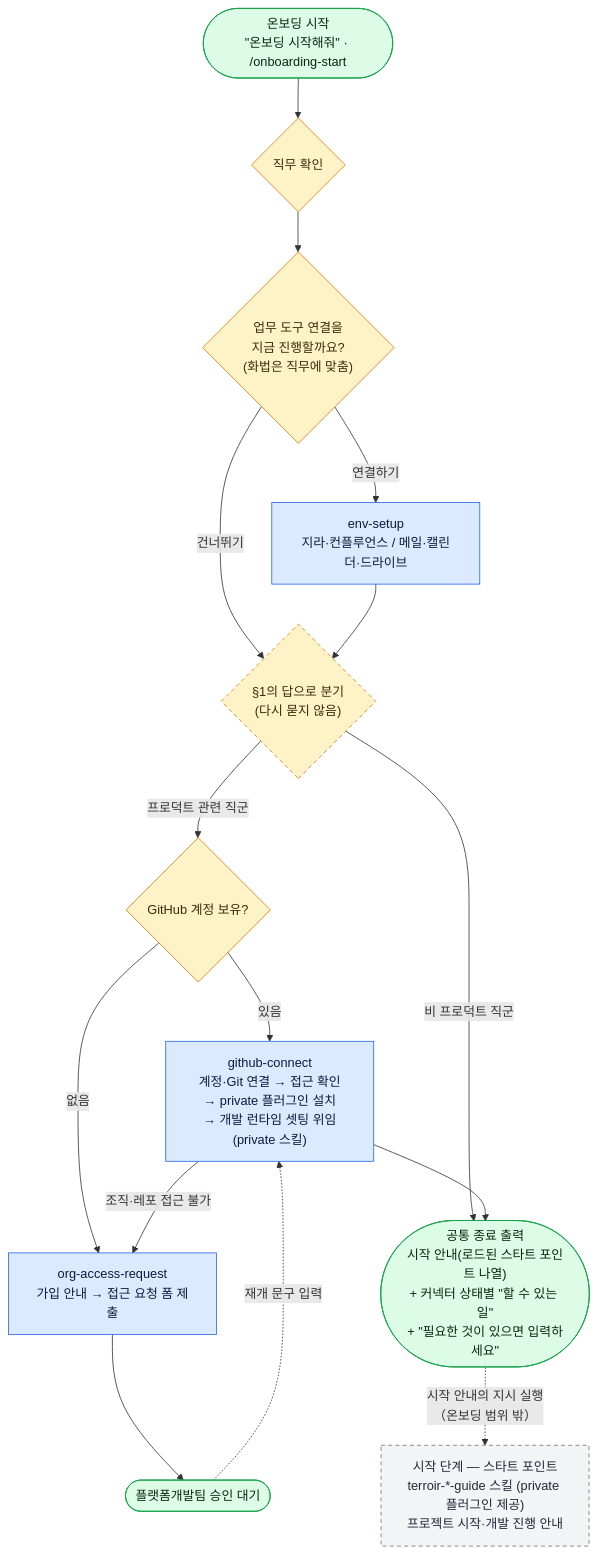
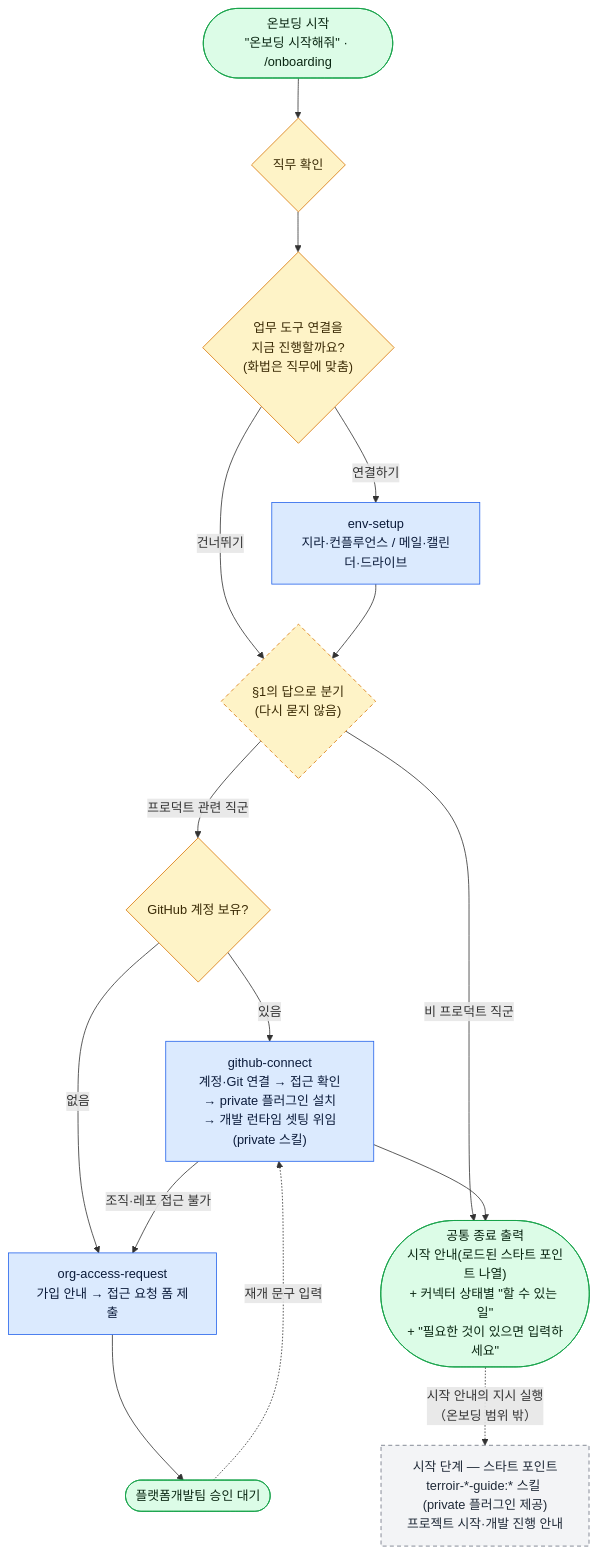
Before and after one commit to VntgCorp/terroir-claude-plugin-public: the diagram in plugins/terroir-onboarding/README.md, drawn with Mermaid. The commit also changed other lines of this file and 11 other files, not shown here.

````diff
--- a/plugins/terroir-onboarding/README.md
+++ b/plugins/terroir-onboarding/README.md
@@ -36,46 +36,46 @@
 ```mermaid
 flowchart TD
-    START(["온보딩 시작<br/>&quot;온보딩 시작해줘&quot; · /onboarding-start"])
+    START(["온보딩 시작<br/>&quot;온보딩 시작해줘&quot; · /onboarding"])
 
     Q1{"직무 확인"}
     Q2{"업무 도구 연결을<br/>지금 진행할까요?<br/>(화법은 직무에 맞춤)"}
     ENV["env-setup<br/>지라·컨플루언스 / 메일·캘린더·드라이브"]
     BR{"§1의 답으로 분기<br/>(다시 묻지 않음)"}
     Q3{"GitHub 계정 보유?"}
 
     GH["github-connect<br/>계정·Git 연결 → 접근 확인<br/>→ private 플러그인 설치<br/>→ 개발 런타임 셋팅 위임(private 스킬)"]
     OA["org-access-request<br/>가입 안내 → 접근 요청 폼 제출"]
     WAIT(["플랫폼개발팀 승인 대기"])
 
     END(["공통 종료 출력<br/>시작 안내(로드된 스타트 포인트 나열)<br/>+ 커넥터 상태별 &quot;할 수 있는 일&quot;<br/>+ &quot;필요한 것이 있으면 입력하세요&quot;"])
-    SP["시작 단계 — 스타트 포인트<br/>terroir-*-guide 스킬 (private 플러그인 제공)<br/>프로젝트 시작·개발 진행 안내"]
+    SP["시작 단계 — 스타트 포인트<br/>terroir-*-guide:* 스킬 (private 플러그인 제공)<br/>프로젝트 시작·개발 진행 안내"]
 
     START --> Q1
     Q1 --> Q2
     Q2 -->|연결하기| ENV
     Q2 -->|건너뛰기| BR
     ENV --> BR
 
     BR -->|프로덕트 관련 직군| Q3
     BR -->|비 프로덕트 직군| END
 
     Q3 -->|있음| GH
     Q3 -->|없음| OA
     GH -->|조직·레포 접근 불가| OA
     OA --> WAIT
     WAIT -.->|재개 문구 입력| GH
 
     GH --> END
     END -.->|시작 안내의 지시 실행<br/>（온보딩 범위 밖）| SP
 
     classDef skill fill:#dbeafe,stroke:#2563eb,color:#0b1b3a
     classDef gate fill:#fef3c7,stroke:#d97706,color:#3a2a05
     classDef term fill:#dcfce7,stroke:#16a34a,color:#0a2612
     classDef branch fill:#fef3c7,stroke:#d97706,color:#3a2a05,stroke-dasharray:5 4
     classDef ext fill:#f3f4f6,stroke:#6b7280,color:#1f2937,stroke-dasharray:5 4
     class ENV,GH,OA skill
     class Q1,Q2,Q3 gate
     class BR branch
     class START,END,WAIT term
     class SP ext
 ```
````
